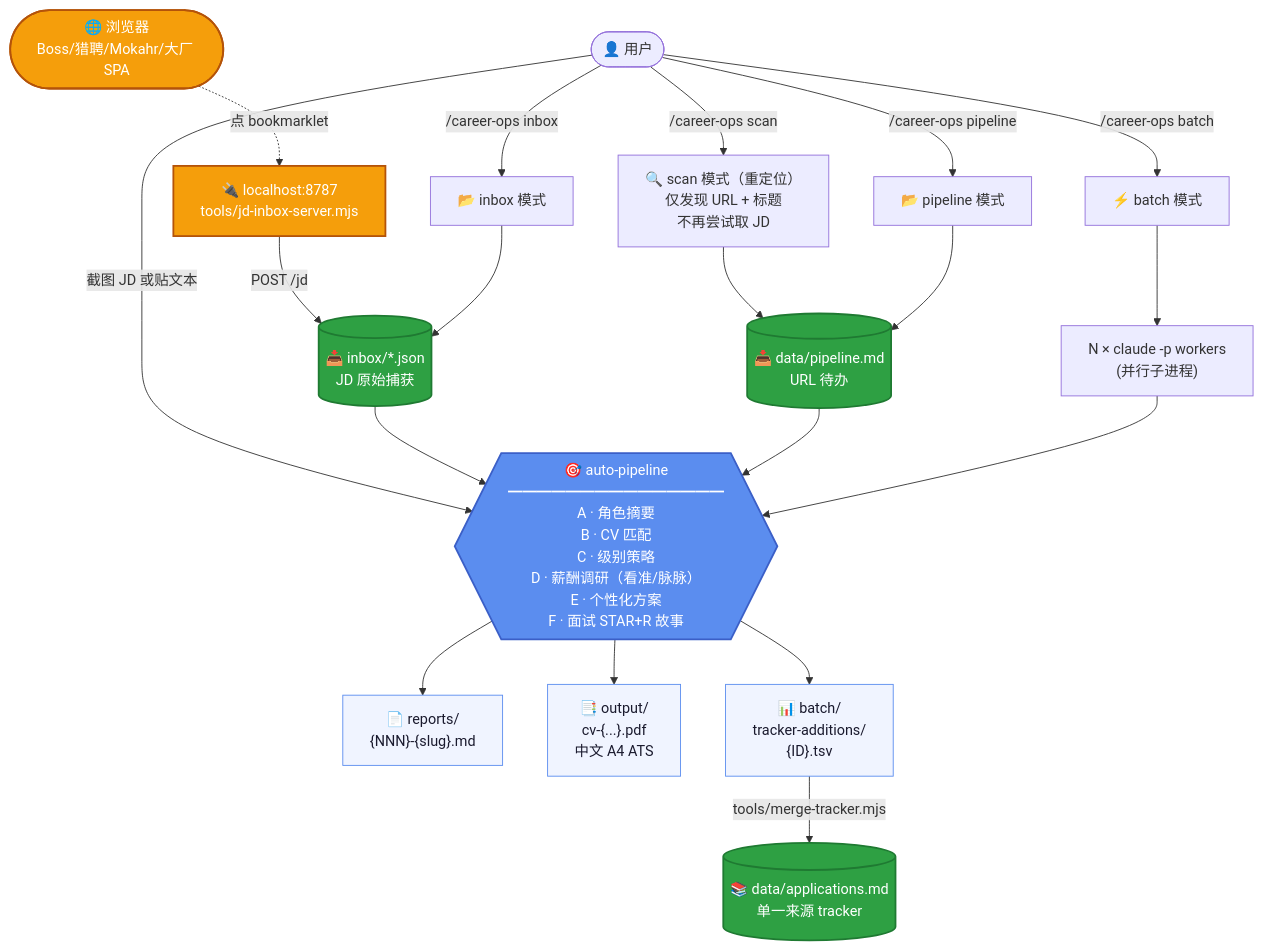
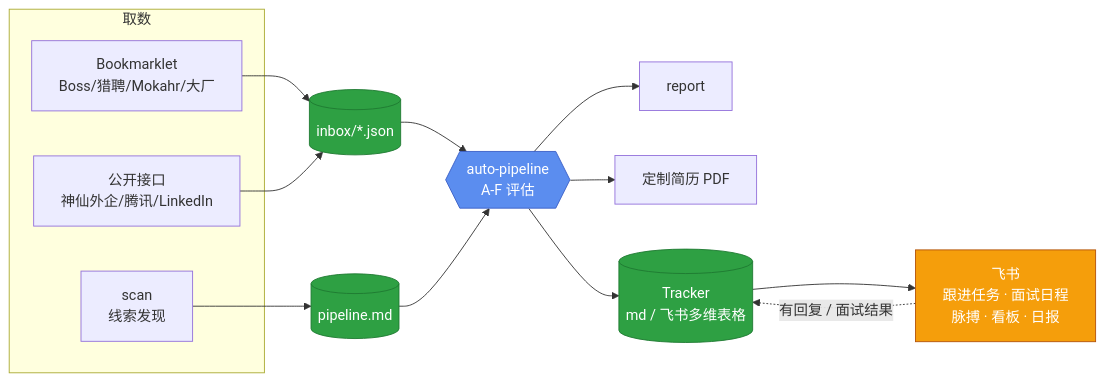
Before and after one commit to shuheng-mo/career-ops-china: the diagram in README.md, drawn with Mermaid. The commit also changed other lines of this file and 7 other files, not shown here.

````diff
--- a/README.md
+++ b/README.md
@@ -68,49 +61,25 @@
 ```mermaid
-flowchart TD
-    User(["👤 用户"])
-    Browser(["🌐 浏览器<br/>Boss/猎聘/Mokahr/大厂 SPA"])
+flowchart LR
+    subgraph SRC["取数"]
+        BM["Bookmarklet<br/>Boss/猎聘/Mokahr/大厂"]
+        API["公开接口<br/>神仙外企/腾讯/LinkedIn"]
+        SC["scan<br/>线索发现"]
+    end
+    BM --> IN[("inbox/*.json")]
+    API --> IN
+    SC --> PL[("pipeline.md")]
+    IN --> AP{{"auto-pipeline<br/>A-F 评估"}}
+    PL --> AP
+    AP --> R["report"]
+    AP --> CV["定制简历 PDF"]
+    AP --> TR[("Tracker<br/>md / 飞书多维表格")]
+    TR --> FS["飞书<br/>跟进任务 · 面试日程<br/>脉搏 · 看板 · 日报"]
+    FS -.->|有回复 / 面试结果| TR
 
-    User -->|截图 JD 或贴文本| AutoPipe
-    User -->|/career-ops scan| ScanMode
-    User -->|/career-ops pipeline| ProcessInbox
-    User -->|/career-ops batch| BatchMode
-    User -->|/career-ops inbox| InboxMode
-
-    Browser -.->|点 bookmarklet| LocalServer
-    LocalServer["🔌 localhost:8787<br/>tools/jd-inbox-server.mjs"]
-    LocalServer -->|POST /jd| JDInbox
-    JDInbox[("📥 inbox/*.json<br/>JD 原始捕获")]
-
-    InboxMode["📂 inbox 模式"] --> JDInbox
-    JDInbox --> AutoPipe
-
-    ScanMode["🔍 scan 模式（重定位）<br/>仅发现 URL + 标题<br/>不再尝试取 JD"]
-    ScanMode --> URLInbox
-
-    ProcessInbox["📂 pipeline 模式"] --> URLInbox
-    URLInbox[("📥 data/pipeline.md<br/>URL 待办")]
-    URLInbox --> AutoPipe
-
-    BatchMode["⚡ batch 模式"] --> Workers
-    Workers["N × claude -p workers<br/>(并行子进程)"]
-    Workers --> AutoPipe
-
-    AutoPipe{{"🎯 auto-pipeline<br/>━━━━━━━━━━━━━━━<br/>A · 角色摘要<br/>B · CV 匹配<br/>C · 级别策略<br/>D · 薪酬调研（看准/脉脉）<br/>E · 个性化方案<br/>F · 面试 STAR+R 故事"}}
-
-    AutoPipe --> Report["📄 reports/<br/>{NNN}-{slug}.md"]
-    AutoPipe --> PDF["📑 output/<br/>cv-{...}.pdf<br/>中文 A4 ATS"]
-    AutoPipe --> TSV["📊 batch/<br/>tracker-additions/<br/>{ID}.tsv"]
-
-    TSV -->|"tools/merge-tracker.mjs"| Apps
-
-    Apps[("📚 data/applications.md<br/>单一来源 tracker")]
-
-    classDef hot fill:#5b8def,stroke:#3b5fc7,color:#fff,stroke-width:2px
-    classDef store fill:#2ea043,stroke:#1f7a32,color:#fff,stroke-width:2px
-    classDef output fill:#f0f4ff,stroke:#5b8def,color:#1a1a2e
-    classDef bridge fill:#f59e0b,stroke:#b45309,color:#fff,stroke-width:2px
-    class AutoPipe hot
-    class Apps,JDInbox,URLInbox store
-    class Report,PDF,TSV output
-    class LocalServer,Browser bridge
+    classDef hot fill:#5b8def,stroke:#3b5fc7,color:#fff
+    classDef store fill:#2ea043,stroke:#1f7a32,color:#fff
+    classDef lark fill:#f59e0b,stroke:#b45309,color:#fff
+    class AP hot
+    class IN,PL,TR store
+    class FS lark
 ```
````
